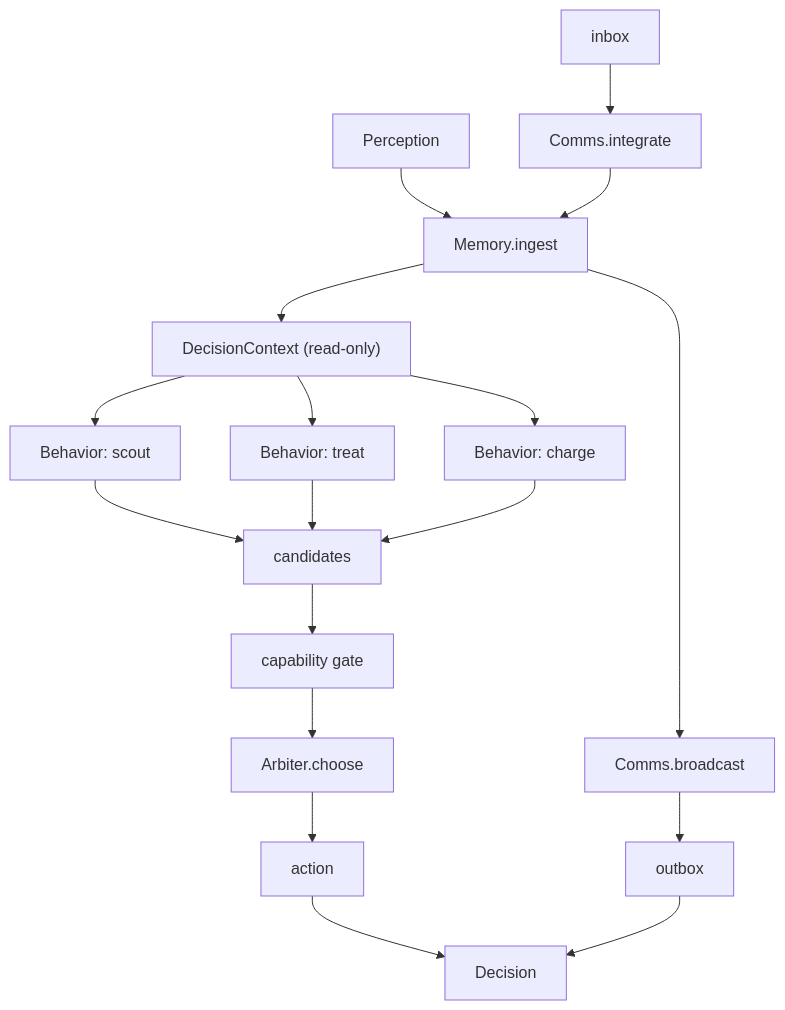
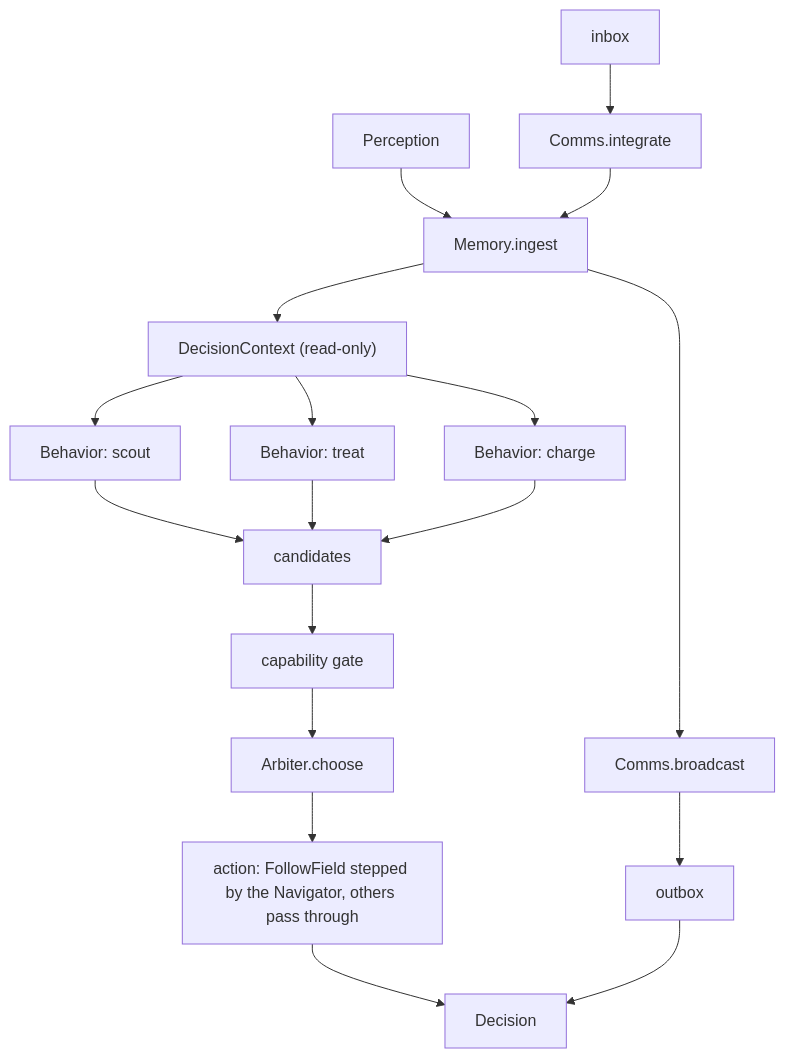
Before and after one commit to TychoGrapendaal/JIP_Swarm_Field: the second of 4 diagrams in docs/architecture.md, drawn with Mermaid. The commit also changed other lines of this file and 5 other files, not shown here.

````diff
--- a/docs/architecture.md
+++ b/docs/architecture.md
@@ -193,18 +209,18 @@
 ```mermaid
 flowchart TB
     P["Perception"] --> M["Memory.ingest"]
     IN["inbox"] --> CI["Comms.integrate"] --> M
     M --> DC["DecisionContext (read-only)"]
     DC --> B1["Behavior: scout"]
     DC --> B2["Behavior: treat"]
     DC --> B3["Behavior: charge"]
     B1 --> CAND["candidates"]
     B2 --> CAND
     B3 --> CAND
     CAND --> GATE["capability gate"]
     GATE --> ARB["Arbiter.choose"]
-    ARB --> ACT["action"]
+    ARB --> ACT["action: FollowField stepped by the Navigator, others pass through"]
     M --> CB["Comms.broadcast"] --> OUT["outbox"]
     ACT --> D["Decision"]
     OUT --> D
 ```
````
